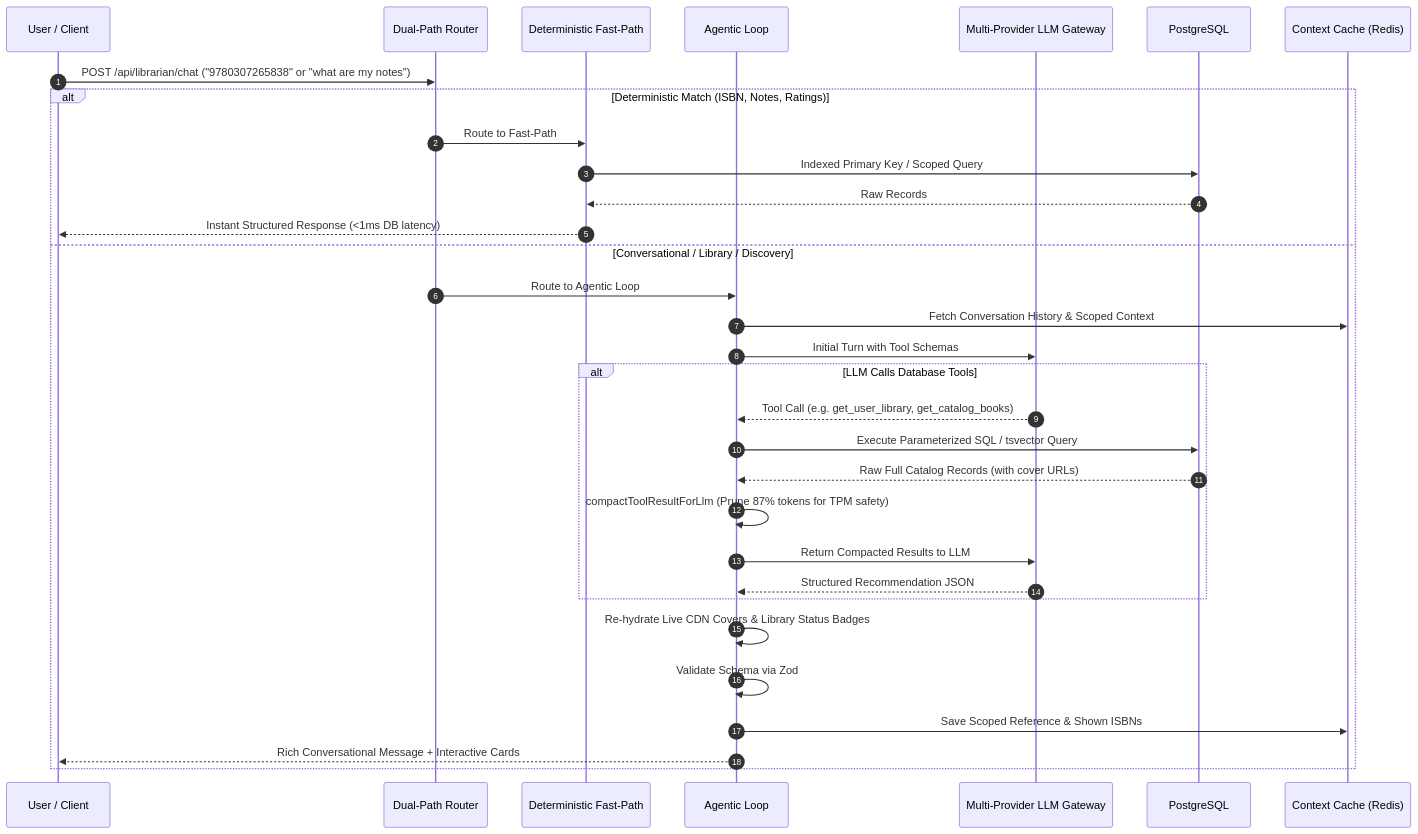
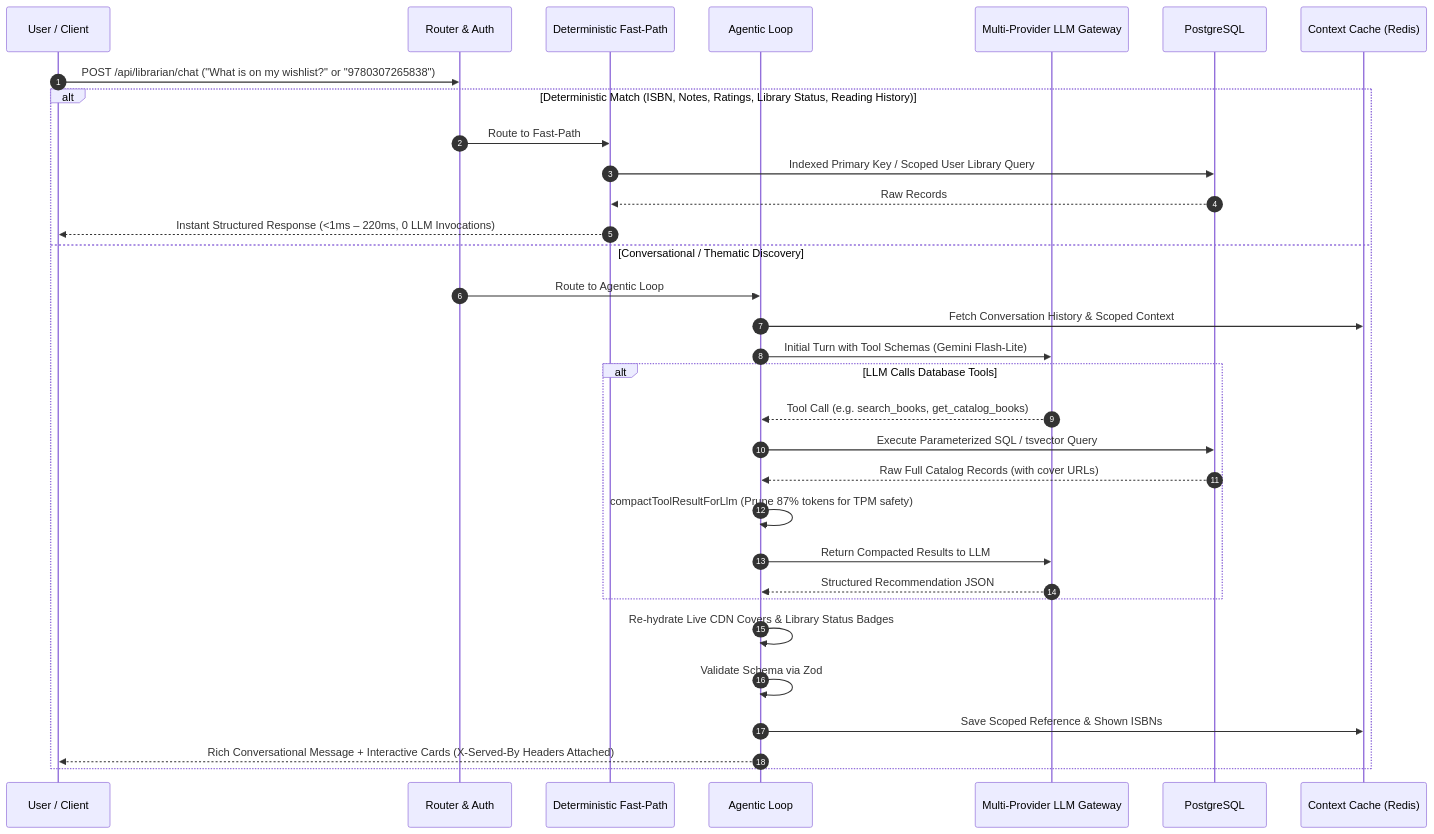
Before and after one commit to v0id-X/buqs-server: the second of 2 diagrams in README.md, drawn with Mermaid. The commit also changed other lines of this file and 2 other files, not shown here.

````diff
--- a/README.md
+++ b/README.md
@@ -93,38 +95,38 @@
 ```mermaid
 sequenceDiagram
   autonumber
   participant U as User / Client
-  participant R as Dual-Path Router
+  participant R as Router & Auth
   participant D as Deterministic Fast-Path
   participant A as Agentic Loop
   participant G as Multi-Provider LLM Gateway
   participant DB as PostgreSQL
   participant C as Context Cache (Redis)
 
-  U->>R: POST /api/librarian/chat ("9780307265838" or "what are my notes")
+  U->>R: POST /api/librarian/chat ("What is on my wishlist?" or "9780307265838")
   
-  alt Deterministic Match (ISBN, Notes, Ratings)
+  alt Deterministic Match (ISBN, Notes, Ratings, Library Status, Reading History)
     R->>D: Route to Fast-Path
-    D->>DB: Indexed Primary Key / Scoped Query
+    D->>DB: Indexed Primary Key / Scoped User Library Query
     DB-->>D: Raw Records
-    D-->>U: Instant Structured Response (<1ms DB latency)
-  else Conversational / Library / Discovery
+    D-->>U: Instant Structured Response (<1ms – 220ms, 0 LLM Invocations)
+  else Conversational / Thematic Discovery
     R->>A: Route to Agentic Loop
     A->>C: Fetch Conversation History & Scoped Context
-    A->>G: Initial Turn with Tool Schemas
+    A->>G: Initial Turn with Tool Schemas (Gemini Flash-Lite)
     
     alt LLM Calls Database Tools
-      G-->>A: Tool Call (e.g. get_user_library, get_catalog_books)
+      G-->>A: Tool Call (e.g. search_books, get_catalog_books)
       A->>DB: Execute Parameterized SQL / tsvector Query
       DB-->>A: Raw Full Catalog Records (with cover URLs)
       A->>A: compactToolResultForLlm (Prune 87% tokens for TPM safety)
       A->>G: Return Compacted Results to LLM
       G-->>A: Structured Recommendation JSON
     end
     
     A->>A: Re-hydrate Live CDN Covers & Library Status Badges
     A->>A: Validate Schema via Zod
     A->>C: Save Scoped Reference & Shown ISBNs
-    A-->>U: Rich Conversational Message + Interactive Cards
+    A-->>U: Rich Conversational Message + Interactive Cards (X-Served-By Headers Attached)
   end
 ```
````
